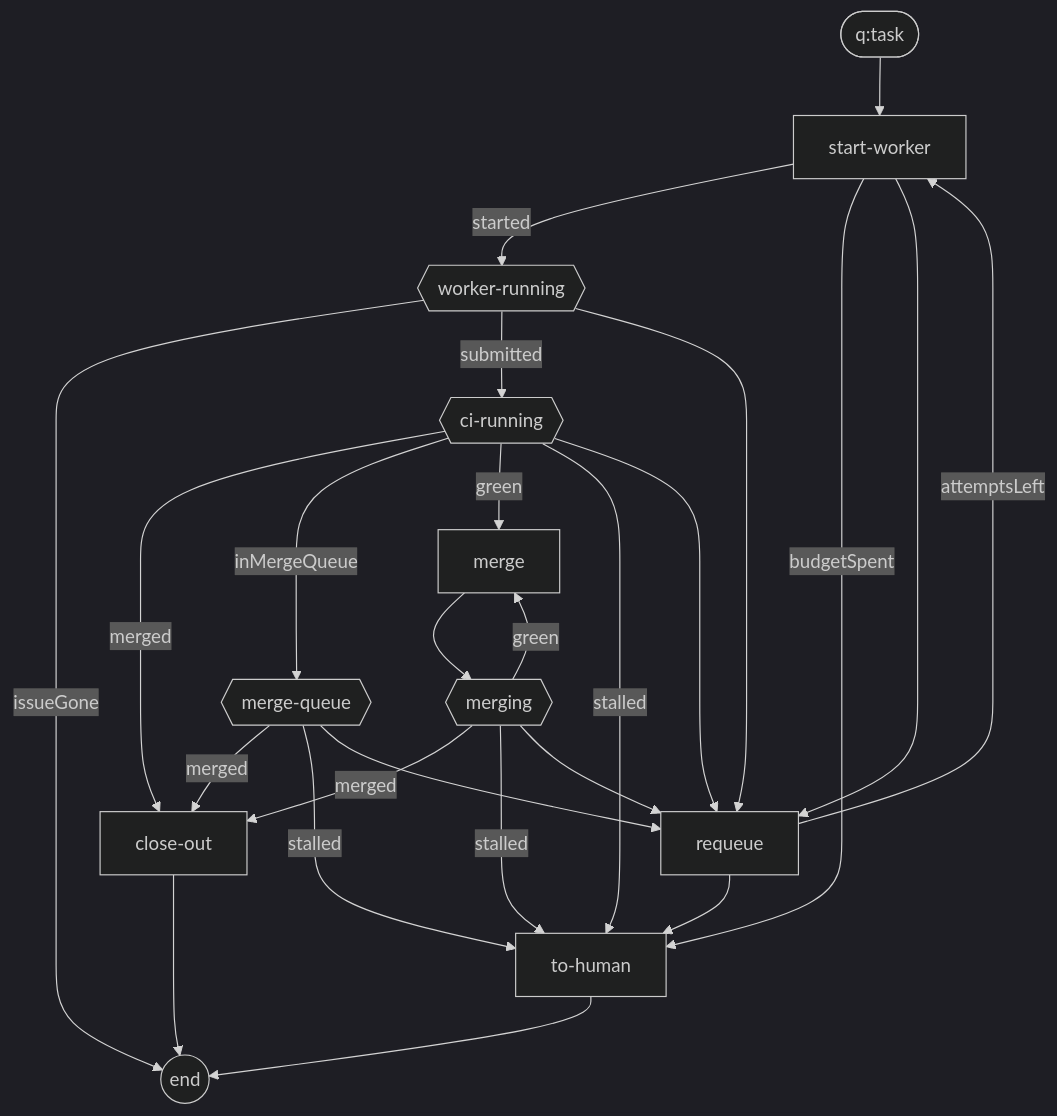
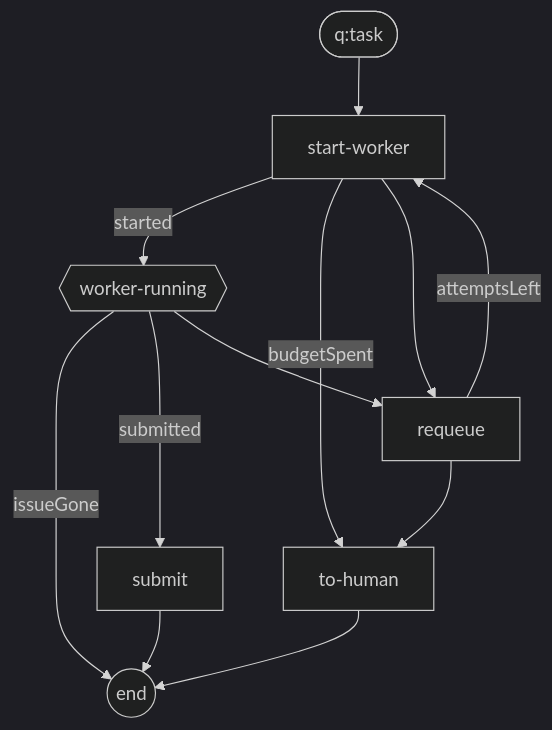
Before and after one commit to daocuong11/monorepo: the first of 5 diagrams in packages/cambium/README.md, drawn with Mermaid (dark theme). The commit also changed other lines of this file and 16 other files, not shown here.

Commit message:
feat(cambium): end the task graph at submit; a PR graph merges, reworks, closes or escalates

````diff
--- a/packages/cambium/README.md
+++ b/packages/cambium/README.md
@@ -266,38 +266,21 @@
 ```mermaid
 flowchart TD
   start_(["q:task"])
   n0["start-worker"]
   n1{{"worker-running"}}
-  n2{{"ci-running"}}
-  n3["merge"]
-  n4{{"merging"}}
-  n5{{"merge-queue"}}
-  n6["close-out"]
-  n7["requeue"]
-  n8["to-human"]
+  n2["submit"]
+  n3["requeue"]
+  n4["to-human"]
   end_(("end"))
   start_ --> n0
   n0 -->|"started"| n1
-  n0 -->|"budgetSpent"| n8
-  n0 --> n7
+  n0 -->|"budgetSpent"| n4
+  n0 --> n3
   n1 -->|"issueGone"| end_
   n1 -->|"submitted"| n2
-  n1 --> n7
-  n2 -->|"merged"| n6
-  n2 -->|"inMergeQueue"| n5
-  n2 -->|"green"| n3
-  n2 -->|"stalled"| n8
-  n2 --> n7
+  n1 --> n3
+  n2 --> end_
+  n3 -->|"attemptsLeft"| n0
   n3 --> n4
-  n4 -->|"merged"| n6
-  n4 -->|"green"| n3
-  n4 -->|"stalled"| n8
-  n4 --> n7
-  n5 -->|"merged"| n6
-  n5 -->|"stalled"| n8
-  n5 --> n7
-  n7 -->|"attemptsLeft"| n0
-  n7 --> n8
-  n6 --> end_
-  n8 --> end_
+  n4 --> end_
 ```
````
